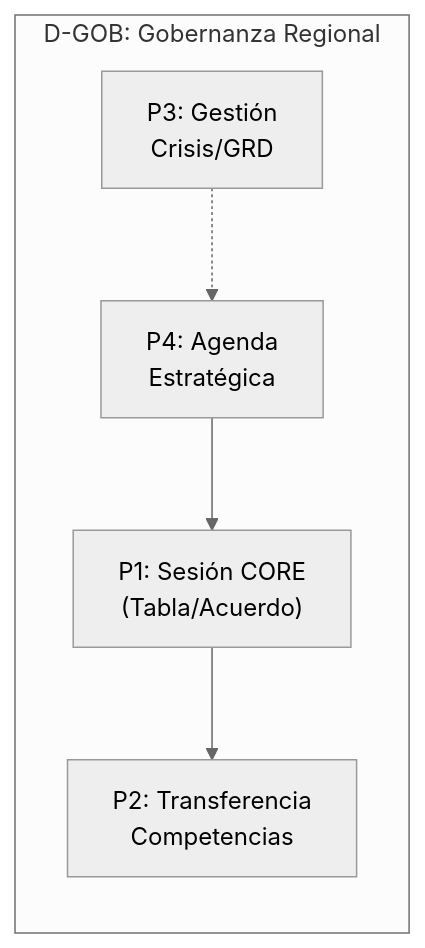
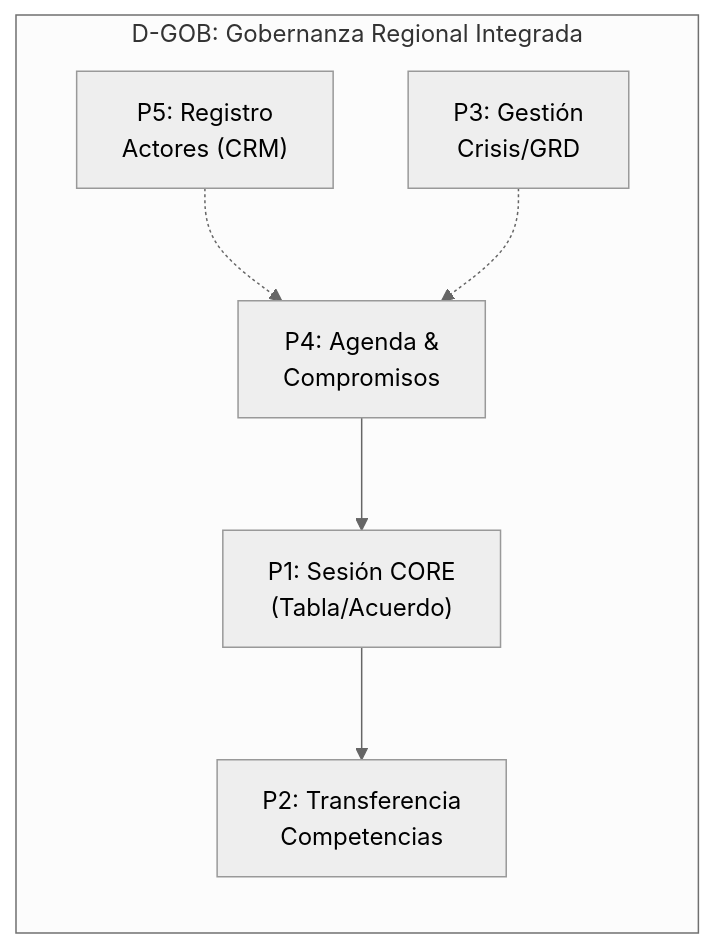
The second of 7 diagrams in docs/blueprint/domains/domain_d-gob.md (felix-antonio-sl/gore_os), drawn with Mermaid (neutral theme) before and after one commit. The commit also changed other lines of this file and 18 other files, not shown here.

````diff
--- a/docs/blueprint/domains/domain_d-gob.md
+++ b/docs/blueprint/domains/domain_d-gob.md
@@ -127,13 +165,15 @@
 ```mermaid
 flowchart LR
-    subgraph DGOB["D-GOB: Gobernanza Regional"]
+    subgraph DGOB["D-GOB: Gobernanza Regional Integrada"]
         P1["P1: Sesión CORE<br/>(Tabla/Acuerdo)"]
         P2["P2: Transferencia<br/>Competencias"]
         P3["P3: Gestión<br/>Crisis/GRD"]
-        P4["P4: Agenda<br/>Estratégica"]
+        P4["P4: Agenda &<br/>Compromisos"]
+        P5["P5: Registro<br/>Actores (CRM)"]
     end
 
     P4 --> P1
+    P5 -.-> P4
     P1 --> P2
     P3 -.-> P4
 ```
````
